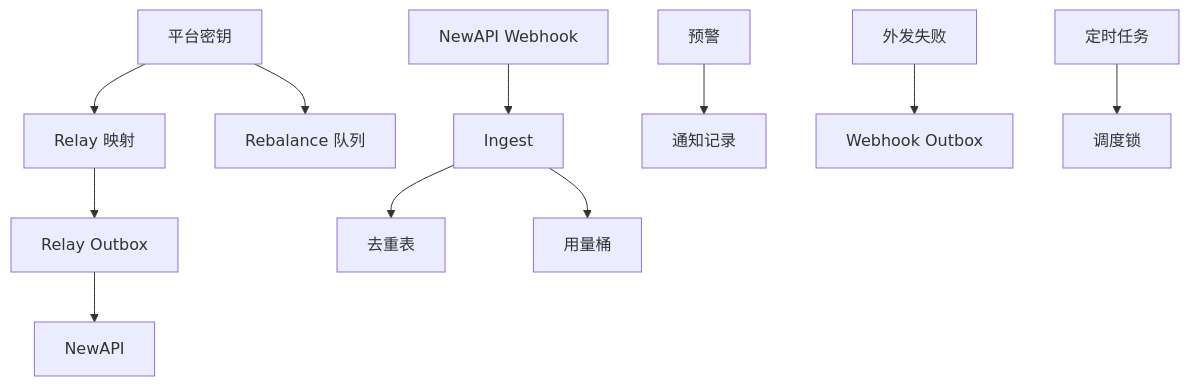
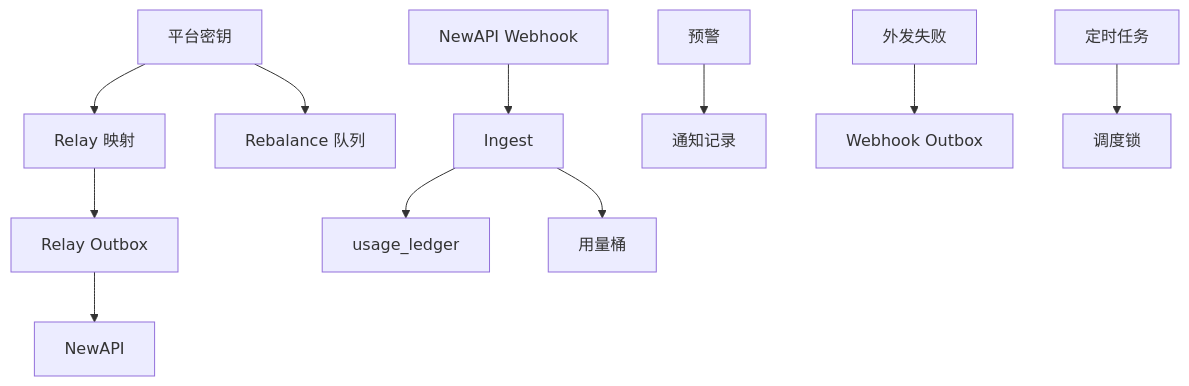
One commit to quyip8818/mytokenjoy changed diagram 13 of 21 in docs/Backend-存储架构.md. Above: the diagram before and after it, drawn with Mermaid. The commit also changed other lines of this file and 108 other files, not shown here.

````diff
--- a/docs/Backend-存储架构.md
+++ b/docs/Backend-存储架构.md
@@ -332,16 +332,16 @@
 ```mermaid
 flowchart TB
   PLK[平台密钥] --> RM[Relay 映射]
   RM --> RO[Relay Outbox]
   RO --> NA[NewAPI]
 
   WH[NewAPI Webhook] --> ING[Ingest]
-  ING --> DEDUP[去重表]
+  ING --> UL[usage_ledger]
   ING --> UB[用量桶]
 
   PLK --> RQ[Rebalance 队列]
   AR[预警] --> NL[通知记录]
   FAIL[外发失败] --> WO[Webhook Outbox]
 
   SCH[定时任务] --> LOCK[调度锁]
 ```
````
